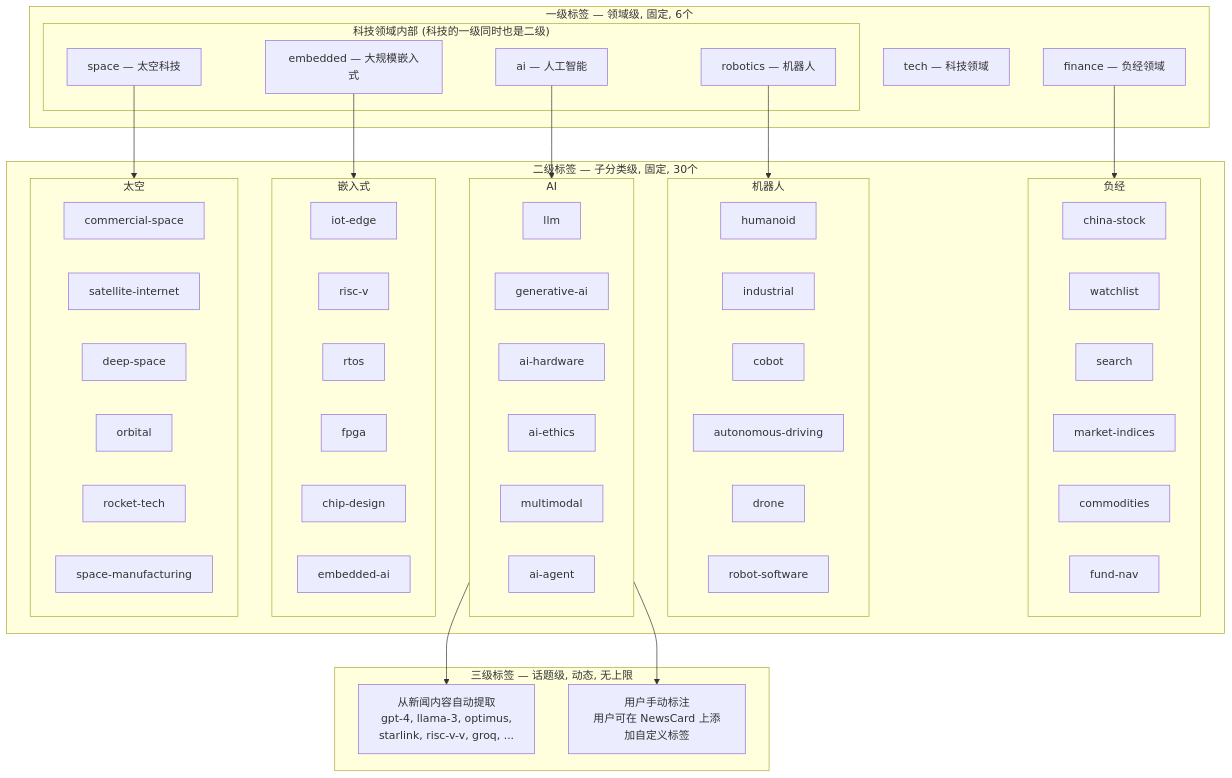
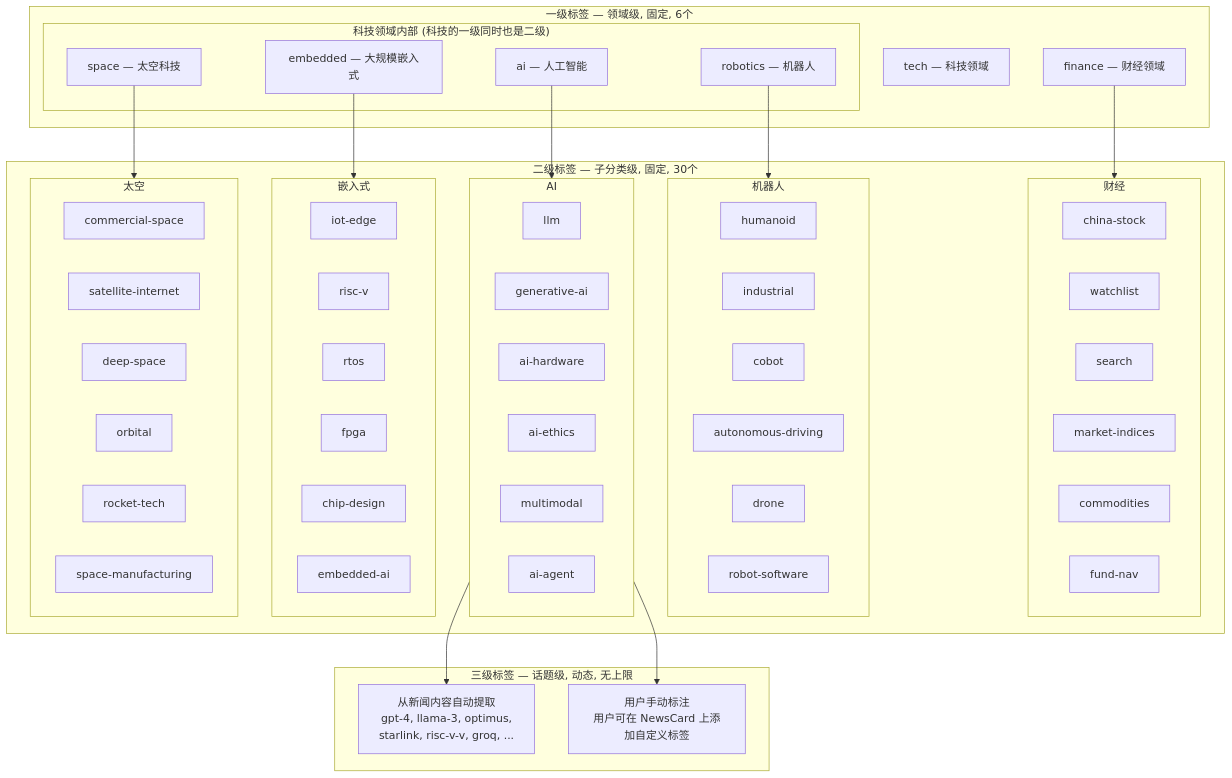
Before and after one commit to onceme/instantboard: the fifth of 6 diagrams in docs/design/content-categories.md, drawn with Mermaid. The commit also changed other lines of this file and 74 other files, not shown here.

````diff
--- a/docs/design/content-categories.md
+++ b/docs/design/content-categories.md
@@ -437,66 +437,66 @@
 ```mermaid
 graph TD
     subgraph level1_tags["一级标签 — 领域级, 固定, 6个"]
-        t_finance["finance — 负经领域"]
+        t_finance["finance — 财经领域"]
         t_tech["tech — 科技领域"]
         subgraph tech_level1["科技领域内部 (科技的一级同时也是二级)"]
             t_robotics["robotics — 机器人"]
             t_ai["ai — 人工智能"]
             t_embedded["embedded — 大规模嵌入式"]
             t_space["space — 太空科技"]
         end
     end
     subgraph level2_tags["二级标签 — 子分类级, 固定, 30个"]
-        subgraph fin_l2["负经"]
+        subgraph fin_l2["财经"]
             l2_cs["china-stock"]
             l2_wl["watchlist"]
             l2_s["search"]
             l2_mi["market-indices"]
             l2_com["commodities"]
             l2_fn["fund-nav"]
         end
         subgraph rob_l2["机器人"]
             l2_h["humanoid"]
             l2_ind["industrial"]
             l2_cob["cobot"]
             l2_ad["autonomous-driving"]
             l2_dr["drone"]
             l2_rs["robot-software"]
         end
         subgraph ai_l2["AI"]
             l2_llm["llm"]
             l2_gen["generative-ai"]
             l2_ahw["ai-hardware"]
             l2_eth["ai-ethics"]
             l2_mm["multimodal"]
             l2_agt["ai-agent"]
         end
         subgraph emb_l2["嵌入式"]
             l2_iot["iot-edge"]
             l2_rv["risc-v"]
             l2_rt["rtos"]
             l2_fpga["fpga"]
             l2_cd["chip-design"]
             l2_eai["embedded-ai"]
         end
         subgraph sp_l2["太空"]
             l2_cs2["commercial-space"]
             l2_sat["satellite-internet"]
             l2_ds["deep-space"]
             l2_orb["orbital"]
             l2_rkt["rocket-tech"]
             l2_smf["space-manufacturing"]
         end
     end
     subgraph level3_tags["三级标签 — 话题级, 动态, 无上限"]
         auto["从新闻内容自动提取<br/>gpt-4, llama-3, optimus,<br/>starlink, risc-v-v, groq, ..."]
         manual["用户手动标注<br/>用户可在 NewsCard 上添加自定义标签"]
     end
     t_finance --> fin_l2
     t_ai --> ai_l2
     t_robotics --> rob_l2
     t_embedded --> emb_l2
     t_space --> sp_l2
     ai_l2 --> auto
     ai_l2 --> manual
 ```
````
